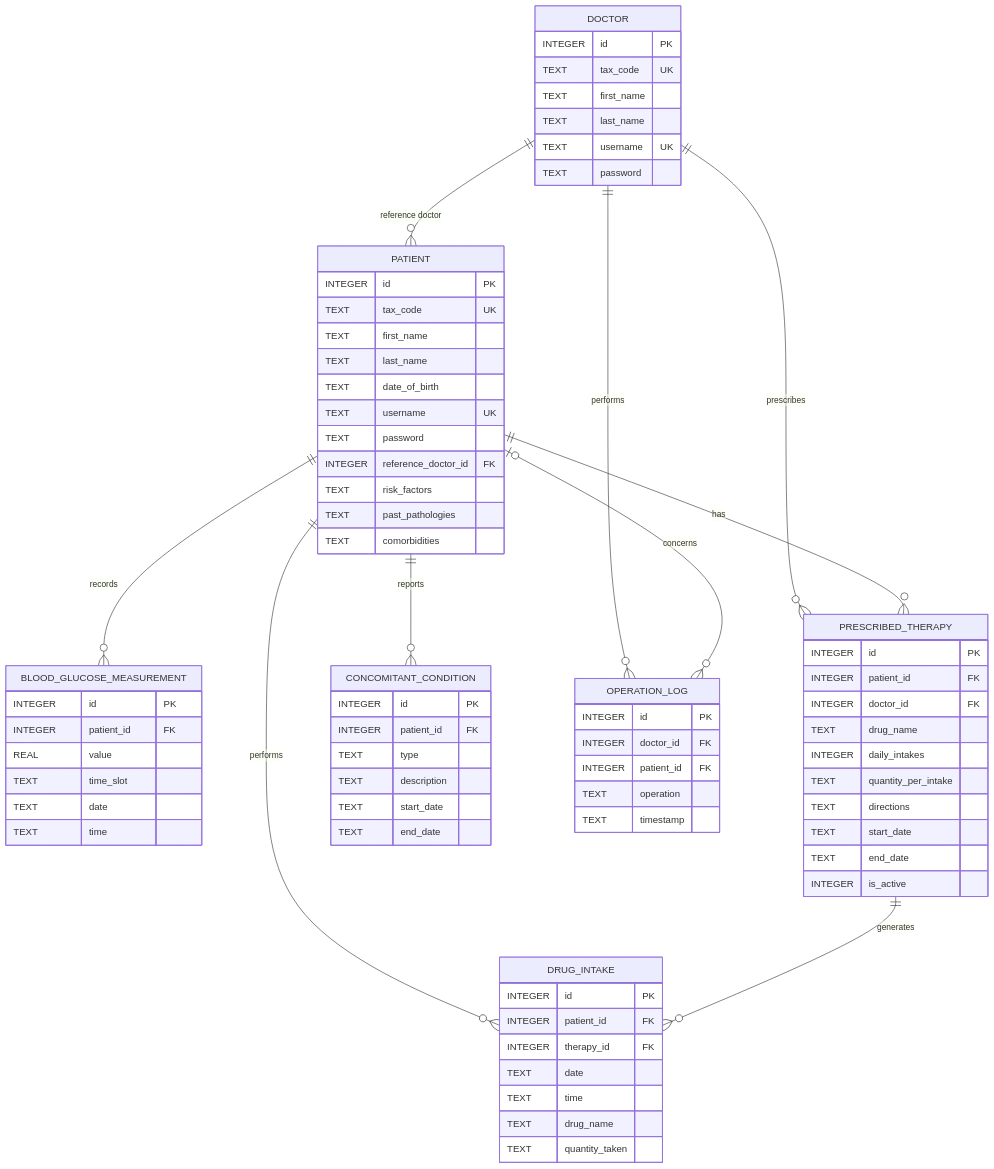
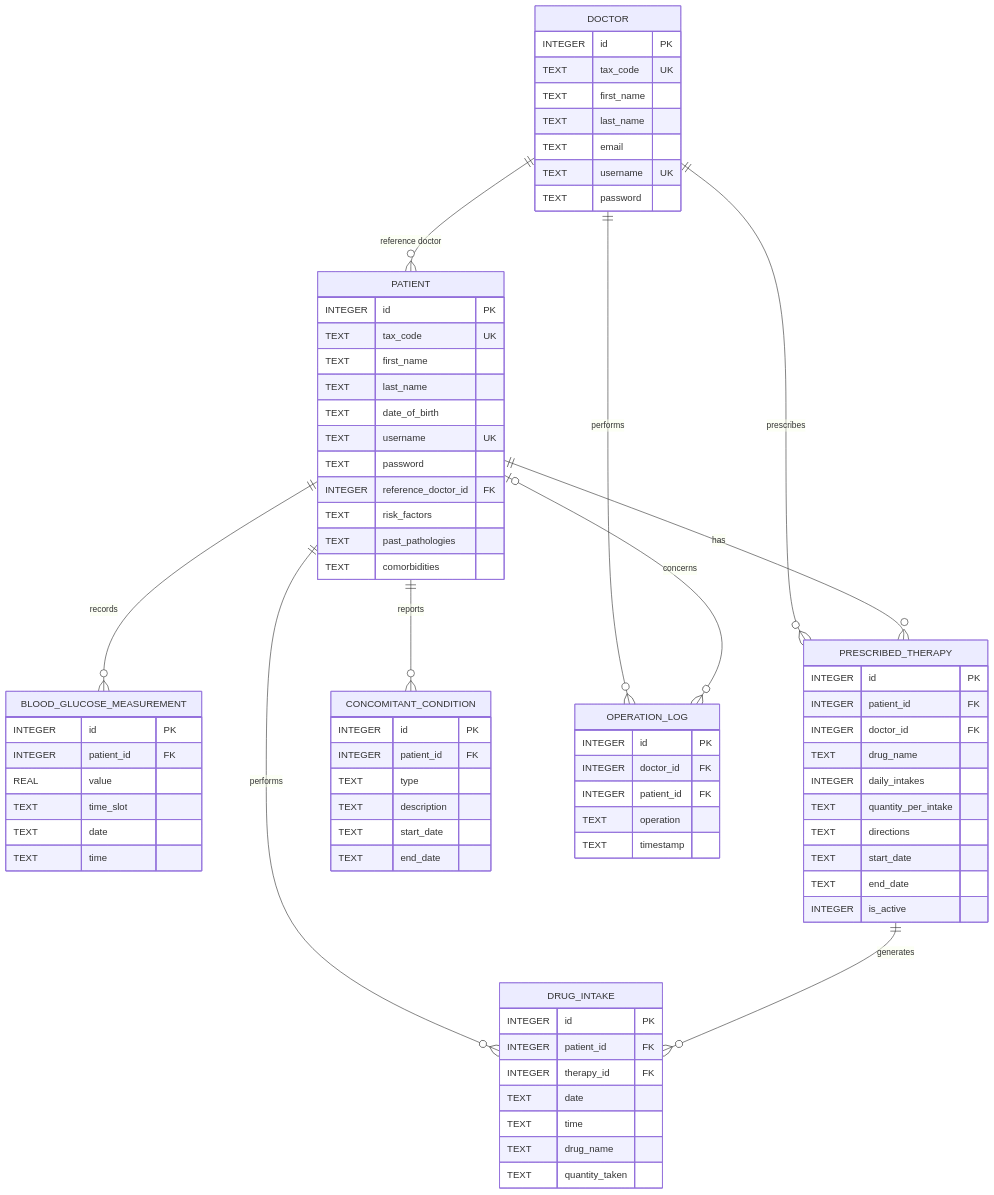
Before and after one commit to SamueleOrazioDurante/telemedicina-ingegneria: the second of 10 diagrams in documentation.md, drawn with Mermaid. The commit also changed other lines of this file, not shown here.

Commit message:
feat: add email field to doctor profile and introduce UC-14 for viewing audit logs

````diff
--- a/documentation.md
+++ b/documentation.md
@@ -96,78 +97,79 @@
 ```mermaid
 erDiagram
     DOCTOR {
         INTEGER id PK
         TEXT tax_code UK
         TEXT first_name
         TEXT last_name
+        TEXT email
         TEXT username UK
         TEXT password
     }
     PATIENT {
         INTEGER id PK
         TEXT tax_code UK
         TEXT first_name
         TEXT last_name
         TEXT date_of_birth
         TEXT username UK
         TEXT password
         INTEGER reference_doctor_id FK
         TEXT risk_factors
         TEXT past_pathologies
         TEXT comorbidities
     }
     BLOOD_GLUCOSE_MEASUREMENT {
         INTEGER id PK
         INTEGER patient_id FK
         REAL value
         TEXT time_slot
         TEXT date
         TEXT time
     }
     PRESCRIBED_THERAPY {
         INTEGER id PK
         INTEGER patient_id FK
         INTEGER doctor_id FK
         TEXT drug_name
         INTEGER daily_intakes
         TEXT quantity_per_intake
         TEXT directions
         TEXT start_date
         TEXT end_date
         INTEGER is_active
     }
     DRUG_INTAKE {
         INTEGER id PK
         INTEGER patient_id FK
         INTEGER therapy_id FK
         TEXT date
         TEXT time
         TEXT drug_name
         TEXT quantity_taken
     }
     CONCOMITANT_CONDITION {
         INTEGER id PK
         INTEGER patient_id FK
         TEXT type
         TEXT description
         TEXT start_date
         TEXT end_date
     }
     OPERATION_LOG {
         INTEGER id PK
         INTEGER doctor_id FK
         INTEGER patient_id FK
         TEXT operation
         TEXT timestamp
     }
 
     DOCTOR ||--o{ PATIENT : "reference doctor"
     DOCTOR ||--o{ PRESCRIBED_THERAPY : "prescribes"
     DOCTOR ||--o{ OPERATION_LOG : "performs"
     PATIENT ||--o{ BLOOD_GLUCOSE_MEASUREMENT : "records"
     PATIENT ||--o{ PRESCRIBED_THERAPY : "has"
     PATIENT ||--o{ DRUG_INTAKE : "performs"
     PATIENT ||--o{ CONCOMITANT_CONDITION : "reports"
     PATIENT |o--o{ OPERATION_LOG : "concerns"
     PRESCRIBED_THERAPY ||--o{ DRUG_INTAKE : "generates"
 ```
````
